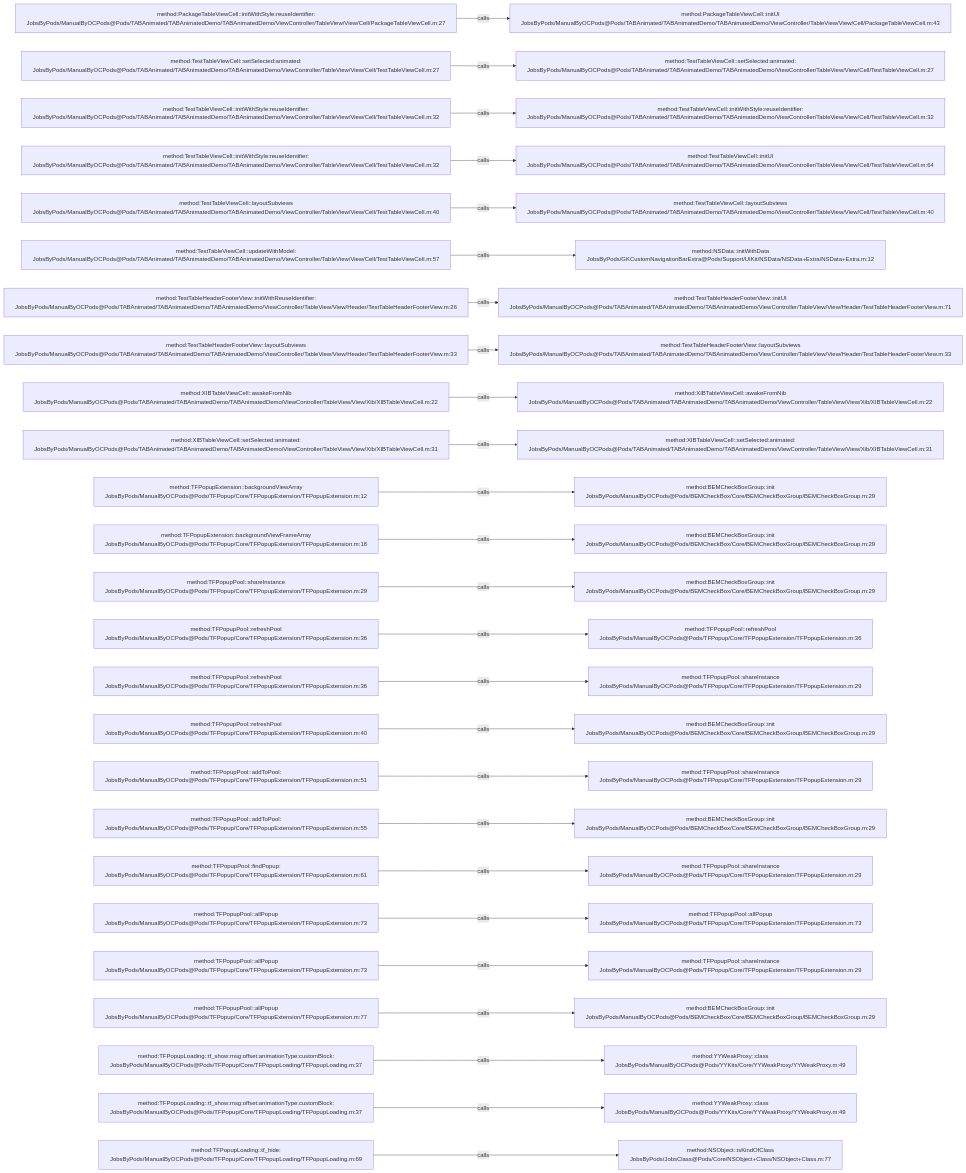
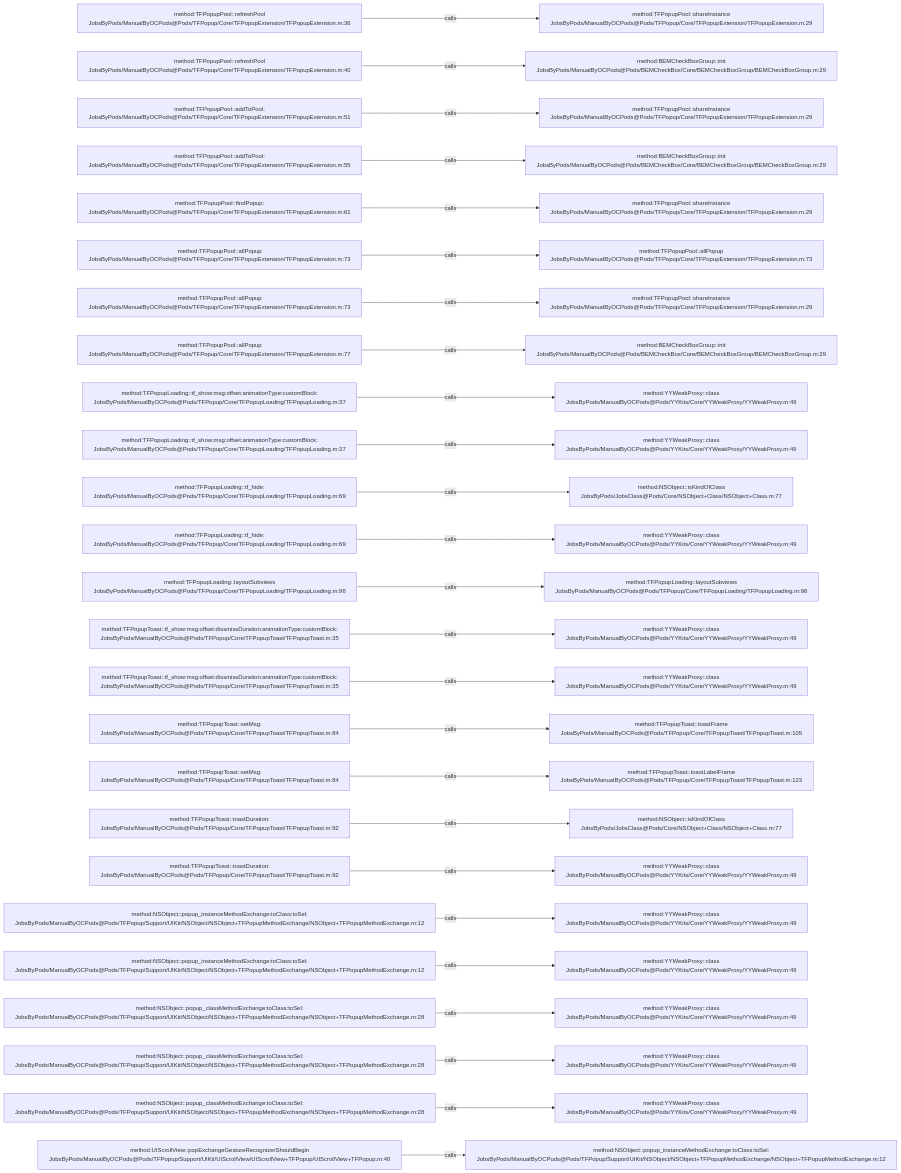
One commit to JobsKits/JobsOCBaseConfigDemo changed the diagram in .codegraph/codegraph.md/graphs/calls-070.md. Above: the diagram before and after it, drawn with Mermaid. The commit also changed 296 other files, not shown here.

````diff
--- a/.codegraph/codegraph.md/graphs/calls-070.md
+++ b/.codegraph/codegraph.md/graphs/calls-070.md
@@ -13,78 +13,78 @@
 ```mermaid
 flowchart LR
-  S1["method:PackageTableViewCell::initWithStyle:reuseIdentifier:<br/>JobsByPods/ManualByOCPods@Pods/TABAnimated/TABAnimatedDemo/TABAnimatedDemo/ViewController/TableView/View/Cell/PackageTableViewCell.m:27"]
-  T1["method:PackageTableViewCell::initUI<br/>JobsByPods/ManualByOCPods@Pods/TABAnimated/TABAnimatedDemo/TABAnimatedDemo/ViewController/TableView/View/Cell/PackageTableViewCell.m:43"]
+  S1["method:TFPopupPool::refreshPool<br/>JobsByPods/ManualByOCPods@Pods/TFPopup/Core/TFPopupExtension/TFPopupExtension.m:36"]
+  T1["method:TFPopupPool::shareInstance<br/>JobsByPods/ManualByOCPods@Pods/TFPopup/Core/TFPopupExtension/TFPopupExtension.m:29"]
   S1 -->|calls| T1
-  S2["method:TestTableViewCell::setSelected:animated:<br/>JobsByPods/ManualByOCPods@Pods/TABAnimated/TABAnimatedDemo/TABAnimatedDemo/ViewController/TableView/View/Cell/TestTableViewCell.m:27"]
-  T2["method:TestTableViewCell::setSelected:animated:<br/>JobsByPods/ManualByOCPods@Pods/TABAnimated/TABAnimatedDemo/TABAnimatedDemo/ViewController/TableView/View/Cell/TestTableViewCell.m:27"]
+  S2["method:TFPopupPool::refreshPool<br/>JobsByPods/ManualByOCPods@Pods/TFPopup/Core/TFPopupExtension/TFPopupExtension.m:40"]
+  T2["method:BEMCheckBoxGroup::init<br/>JobsByPods/ManualByOCPods@Pods/BEMCheckBox/Core/BEMCheckBoxGroup/BEMCheckBoxGroup.m:29"]
   S2 -->|calls| T2
-  S3["method:TestTableViewCell::initWithStyle:reuseIdentifier:<br/>JobsByPods/ManualByOCPods@Pods/TABAnimated/TABAnimatedDemo/TABAnimatedDemo/ViewController/TableView/View/Cell/TestTableViewCell.m:32"]
-  T3["method:TestTableViewCell::initWithStyle:reuseIdentifier:<br/>JobsByPods/ManualByOCPods@Pods/TABAnimated/TABAnimatedDemo/TABAnimatedDemo/ViewController/TableView/View/Cell/TestTableViewCell.m:32"]
+  S3["method:TFPopupPool::addToPool:<br/>JobsByPods/ManualByOCPods@Pods/TFPopup/Core/TFPopupExtension/TFPopupExtension.m:51"]
+  T3["method:TFPopupPool::shareInstance<br/>JobsByPods/ManualByOCPods@Pods/TFPopup/Core/TFPopupExtension/TFPopupExtension.m:29"]
   S3 -->|calls| T3
-  S4["method:TestTableViewCell::initWithStyle:reuseIdentifier:<br/>JobsByPods/ManualByOCPods@Pods/TABAnimated/TABAnimatedDemo/TABAnimatedDemo/ViewController/TableView/View/Cell/TestTableViewCell.m:32"]
-  T4["method:TestTableViewCell::initUI<br/>JobsByPods/ManualByOCPods@Pods/TABAnimated/TABAnimatedDemo/TABAnimatedDemo/ViewController/TableView/View/Cell/TestTableViewCell.m:64"]
+  S4["method:TFPopupPool::addToPool:<br/>JobsByPods/ManualByOCPods@Pods/TFPopup/Core/TFPopupExtension/TFPopupExtension.m:55"]
+  T4["method:BEMCheckBoxGroup::init<br/>JobsByPods/ManualByOCPods@Pods/BEMCheckBox/Core/BEMCheckBoxGroup/BEMCheckBoxGroup.m:29"]
   S4 -->|calls| T4
-  S5["method:TestTableViewCell::layoutSubviews<br/>JobsByPods/ManualByOCPods@Pods/TABAnimated/TABAnimatedDemo/TABAnimatedDemo/ViewController/TableView/View/Cell/TestTableViewCell.m:40"]
-  T5["method:TestTableViewCell::layoutSubviews<br/>JobsByPods/ManualByOCPods@Pods/TABAnimated/TABAnimatedDemo/TABAnimatedDemo/ViewController/TableView/View/Cell/TestTableViewCell.m:40"]
+  S5["method:TFPopupPool::findPopup:<br/>JobsByPods/ManualByOCPods@Pods/TFPopup/Core/TFPopupExtension/TFPopupExtension.m:61"]
+  T5["method:TFPopupPool::shareInstance<br/>JobsByPods/ManualByOCPods@Pods/TFPopup/Core/TFPopupExtension/TFPopupExtension.m:29"]
   S5 -->|calls| T5
-  S6["method:TestTableViewCell::updateWithModel:<br/>JobsByPods/ManualByOCPods@Pods/TABAnimated/TABAnimatedDemo/TABAnimatedDemo/ViewController/TableView/View/Cell/TestTableViewCell.m:57"]
-  T6["method:NSData::initWithData<br/>JobsByPods/GKCustomNavigationBarExtra@Pods/Support/UIKit/NSData/NSData+Extra/NSData+Extra.m:12"]
+  S6["method:TFPopupPool::allPopup<br/>JobsByPods/ManualByOCPods@Pods/TFPopup/Core/TFPopupExtension/TFPopupExtension.m:73"]
+  T6["method:TFPopupPool::allPopup<br/>JobsByPods/ManualByOCPods@Pods/TFPopup/Core/TFPopupExtension/TFPopupExtension.m:73"]
   S6 -->|calls| T6
-  S7["method:TestTableHeaderFooterView::initWithReuseIdentifier:<br/>JobsByPods/ManualByOCPods@Pods/TABAnimated/TABAnimatedDemo/TABAnimatedDemo/ViewController/TableView/View/Header/TestTableHeaderFooterView.m:26"]
-  T7["method:TestTableHeaderFooterView::initUI<br/>JobsByPods/ManualByOCPods@Pods/TABAnimated/TABAnimatedDemo/TABAnimatedDemo/ViewController/TableView/View/Header/TestTableHeaderFooterView.m:71"]
+  S7["method:TFPopupPool::allPopup<br/>JobsByPods/ManualByOCPods@Pods/TFPopup/Core/TFPopupExtension/TFPopupExtension.m:73"]
+  T7["method:TFPopupPool::shareInstance<br/>JobsByPods/ManualByOCPods@Pods/TFPopup/Core/TFPopupExtension/TFPopupExtension.m:29"]
   S7 -->|calls| T7
-  S8["method:TestTableHeaderFooterView::layoutSubviews<br/>JobsByPods/ManualByOCPods@Pods/TABAnimated/TABAnimatedDemo/TABAnimatedDemo/ViewController/TableView/View/Header/TestTableHeaderFooterView.m:33"]
-  T8["method:TestTableHeaderFooterView::layoutSubviews<br/>JobsByPods/ManualByOCPods@Pods/TABAnimated/TABAnimatedDemo/TABAnimatedDemo/ViewController/TableView/View/Header/TestTableHeaderFooterView.m:33"]
+  S8["method:TFPopupPool::allPopup<br/>JobsByPods/ManualByOCPods@Pods/TFPopup/Core/TFPopupExtension/TFPopupExtension.m:77"]
+  T8["method:BEMCheckBoxGroup::init<br/>JobsByPods/ManualByOCPods@Pods/BEMCheckBox/Core/BEMCheckBoxGroup/BEMCheckBoxGroup.m:29"]
   S8 -->|calls| T8
-  S9["method:XIBTableViewCell::awakeFromNib<br/>JobsByPods/ManualByOCPods@Pods/TABAnimated/TABAnimatedDemo/TABAnimatedDemo/ViewController/TableView/View/Xib/XIBTableViewCell.m:22"]
-  T9["method:XIBTableViewCell::awakeFromNib<br/>JobsByPods/ManualByOCPods@Pods/TABAnimated/TABAnimatedDemo/TABAnimatedDemo/ViewController/TableView/View/Xib/XIBTableViewCell.m:22"]
+  S9["method:TFPopupLoading::tf_show:msg:offset:animationType:customBlock:<br/>JobsByPods/ManualByOCPods@Pods/TFPopup/Core/TFPopupLoading/TFPopupLoading.m:37"]
+  T9["method:YYWeakProxy::class<br/>JobsByPods/ManualByOCPods@Pods/YYKits/Core/YYWeakProxy/YYWeakProxy.m:49"]
   S9 -->|calls| T9
-  S10["method:XIBTableViewCell::setSelected:animated:<br/>JobsByPods/ManualByOCPods@Pods/TABAnimated/TABAnimatedDemo/TABAnimatedDemo/ViewController/TableView/View/Xib/XIBTableViewCell.m:31"]
-  T10["method:XIBTableViewCell::setSelected:animated:<br/>JobsByPods/ManualByOCPods@Pods/TABAnimated/TABAnimatedDemo/TABAnimatedDemo/ViewController/TableView/View/Xib/XIBTableViewCell.m:31"]
+  S10["method:TFPopupLoading::tf_show:msg:offset:animationType:customBlock:<br/>JobsByPods/ManualByOCPods@Pods/TFPopup/Core/TFPopupLoading/TFPopupLoading.m:37"]
+  T10["method:YYWeakProxy::class<br/>JobsByPods/ManualByOCPods@Pods/YYKits/Core/YYWeakProxy/YYWeakProxy.m:49"]
   S10 -->|calls| T10
-  S11["method:TFPopupExtension::backgroundViewArray<br/>JobsByPods/ManualByOCPods@Pods/TFPopup/Core/TFPopupExtension/TFPopupExtension.m:12"]
-  T11["method:BEMCheckBoxGroup::init<br/>JobsByPods/ManualByOCPods@Pods/BEMCheckBox/Core/BEMCheckBoxGroup/BEMCheckBoxGroup.m:29"]
+  S11["method:TFPopupLoading::tf_hide:<br/>JobsByPods/ManualByOCPods@Pods/TFPopup/Core/TFPopupLoading/TFPopupLoading.m:69"]
+  T11["method:NSObject::isKindOfClass<br/>JobsByPods/JobsClass@Pods/Core/NSObject+Class/NSObject+Class.m:77"]
   S11 -->|calls| T11
-  S12["method:TFPopupExtension::backgroundViewFrameArray<br/>JobsByPods/ManualByOCPods@Pods/TFPopup/Core/TFPopupExtension/TFPopupExtension.m:18"]
-  T12["method:BEMCheckBoxGroup::init<br/>JobsByPods/ManualByOCPods@Pods/BEMCheckBox/Core/BEMCheckBoxGroup/BEMCheckBoxGroup.m:29"]
+  S12["method:TFPopupLoading::tf_hide:<br/>JobsByPods/ManualByOCPods@Pods/TFPopup/Core/TFPopupLoading/TFPopupLoading.m:69"]
+  T12["method:YYWeakProxy::class<br/>JobsByPods/ManualByOCPods@Pods/YYKits/Core/YYWeakProxy/YYWeakProxy.m:49"]
   S12 -->|calls| T12
-  S13["method:TFPopupPool::shareInstance<br/>JobsByPods/ManualByOCPods@Pods/TFPopup/Core/TFPopupExtension/TFPopupExtension.m:29"]
-  T13["method:BEMCheckBoxGroup::init<br/>JobsByPods/ManualByOCPods@Pods/BEMCheckBox/Core/BEMCheckBoxGroup/BEMCheckBoxGroup.m:29"]
+  S13["method:TFPopupLoading::layoutSubviews<br/>JobsByPods/ManualByOCPods@Pods/TFPopup/Core/TFPopupLoading/TFPopupLoading.m:98"]
+  T13["method:TFPopupLoading::layoutSubviews<br/>JobsByPods/ManualByOCPods@Pods/TFPopup/Core/TFPopupLoading/TFPopupLoading.m:98"]
   S13 -->|calls| T13
-  S14["method:TFPopupPool::refreshPool<br/>JobsByPods/ManualByOCPods@Pods/TFPopup/Core/TFPopupExtension/TFPopupExtension.m:36"]
-  T14["method:TFPopupPool::refreshPool<br/>JobsByPods/ManualByOCPods@Pods/TFPopup/Core/TFPopupExtension/TFPopupExtension.m:36"]
+  S14["method:TFPopupToast::tf_show:msg:offset:dissmissDuration:animationType:customBlock:<br/>JobsByPods/ManualByOCPods@Pods/TFPopup/Core/TFPopupToast/TFPopupToast.m:35"]
+  T14["method:YYWeakProxy::class<br/>JobsByPods/ManualByOCPods@Pods/YYKits/Core/YYWeakProxy/YYWeakProxy.m:49"]
   S14 -->|calls| T14
-  S15["method:TFPopupPool::refreshPool<br/>JobsByPods/ManualByOCPods@Pods/TFPopup/Core/TFPopupExtension/TFPopupExtension.m:36"]
-  T15["method:TFPopupPool::shareInstance<br/>JobsByPods/ManualByOCPods@Pods/TFPopup/Core/TFPopupExtension/TFPopupExtension.m:29"]
+  S15["method:TFPopupToast::tf_show:msg:offset:dissmissDuration:animationType:customBlock:<br/>JobsByPods/ManualByOCPods@Pods/TFPopup/Core/TFPopupToast/TFPopupToast.m:35"]
+  T15["method:YYWeakProxy::class<br/>JobsByPods/ManualByOCPods@Pods/YYKits/Core/YYWeakProxy/YYWeakProxy.m:49"]
   S15 -->|calls| T15
-  S16["method:TFPopupPool::refreshPool<br/>JobsByPods/ManualByOCPods@Pods/TFPopup/Core/TFPopupExtension/TFPopupExtension.m:40"]
-  T16["method:BEMCheckBoxGroup::init<br/>JobsByPods/ManualByOCPods@Pods/BEMCheckBox/Core/BEMCheckBoxGroup/BEMCheckBoxGroup.m:29"]
+  S16["method:TFPopupToast::setMsg:<br/>JobsByPods/ManualByOCPods@Pods/TFPopup/Core/TFPopupToast/TFPopupToast.m:84"]
+  T16["method:TFPopupToast::toastFrame<br/>JobsByPods/ManualByOCPods@Pods/TFPopup/Core/TFPopupToast/TFPopupToast.m:105"]
   S16 -->|calls| T16
-  S17["method:TFPopupPool::addToPool:<br/>JobsByPods/ManualByOCPods@Pods/TFPopup/Core/TFPopupExtension/TFPopupExtension.m:51"]
-  T17["method:TFPopupPool::shareInstance<br/>JobsByPods/ManualByOCPods@Pods/TFPopup/Core/TFPopupExtension/TFPopupExtension.m:29"]
+  S17["method:TFPopupToast::setMsg:<br/>JobsByPods/ManualByOCPods@Pods/TFPopup/Core/TFPopupToast/TFPopupToast.m:84"]
+  T17["method:TFPopupToast::toastLabelFrame<br/>JobsByPods/ManualByOCPods@Pods/TFPopup/Core/TFPopupToast/TFPopupToast.m:123"]
   S17 -->|calls| T17
-  S18["method:TFPopupPool::addToPool:<br/>JobsByPods/ManualByOCPods@Pods/TFPopup/Core/TFPopupExtension/TFPopupExtension.m:55"]
-  T18["method:BEMCheckBoxGroup::init<br/>JobsByPods/ManualByOCPods@Pods/BEMCheckBox/Core/BEMCheckBoxGroup/BEMCheckBoxGroup.m:29"]
+  S18["method:TFPopupToast::toastDuration:<br/>JobsByPods/ManualByOCPods@Pods/TFPopup/Core/TFPopupToast/TFPopupToast.m:92"]
+  T18["method:NSObject::isKindOfClass<br/>JobsByPods/JobsClass@Pods/Core/NSObject+Class/NSObject+Class.m:77"]
   S18 -->|calls| T18
-  S19["method:TFPopupPool::findPopup:<br/>JobsByPods/ManualByOCPods@Pods/TFPopup/Core/TFPopupExtension/TFPopupExtension.m:61"]
-  T19["method:TFPopupPool::shareInstance<br/>JobsByPods/ManualByOCPods@Pods/TFPopup/Core/TFPopupExtension/TFPopupExtension.m:29"]
+  S19["method:TFPopupToast::toastDuration:<br/>JobsByPods/ManualByOCPods@Pods/TFPopup/Core/TFPopupToast/TFPopupToast.m:92"]
+  T19["method:YYWeakProxy::class<br/>JobsByPods/ManualByOCPods@Pods/YYKits/Core/YYWeakProxy/YYWeakProxy.m:49"]
   S19 -->|calls| T19
-  S20["method:TFPopupPool::allPopup<br/>JobsByPods/ManualByOCPods@Pods/TFPopup/Core/TFPopupExtension/TFPopupExtension.m:73"]
-  T20["method:TFPopupPool::allPopup<br/>JobsByPods/ManualByOCPods@Pods/TFPopup/Core/TFPopupExtension/TFPopupExtension.m:73"]
+  S20["method:NSObject::popup_instanceMethodExchange:toClass:toSel:<br/>JobsByPods/ManualByOCPods@Pods/TFPopup/Support/UIKit/NSObject/NSObject+TFPopupMethodExchange/NSObject+TFPopupMethodExchange.m:12"]
+  T20["method:YYWeakProxy::class<br/>JobsByPods/ManualByOCPods@Pods/YYKits/Core/YYWeakProxy/YYWeakProxy.m:49"]
   S20 -->|calls| T20
-  S21["method:TFPopupPool::allPopup<br/>JobsByPods/ManualByOCPods@Pods/TFPopup/Core/TFPopupExtension/TFPopupExtension.m:73"]
-  T21["method:TFPopupPool::shareInstance<br/>JobsByPods/ManualByOCPods@Pods/TFPopup/Core/TFPopupExtension/TFPopupExtension.m:29"]
+  S21["method:NSObject::popup_instanceMethodExchange:toClass:toSel:<br/>JobsByPods/ManualByOCPods@Pods/TFPopup/Support/UIKit/NSObject/NSObject+TFPopupMethodExchange/NSObject+TFPopupMethodExchange.m:12"]
+  T21["method:YYWeakProxy::class<br/>JobsByPods/ManualByOCPods@Pods/YYKits/Core/YYWeakProxy/YYWeakProxy.m:49"]
   S21 -->|calls| T21
-  S22["method:TFPopupPool::allPopup<br/>JobsByPods/ManualByOCPods@Pods/TFPopup/Core/TFPopupExtension/TFPopupExtension.m:77"]
-  T22["method:BEMCheckBoxGroup::init<br/>JobsByPods/ManualByOCPods@Pods/BEMCheckBox/Core/BEMCheckBoxGroup/BEMCheckBoxGroup.m:29"]
+  S22["method:NSObject::popup_classMethodExchange:toClass:toSel:<br/>JobsByPods/ManualByOCPods@Pods/TFPopup/Support/UIKit/NSObject/NSObject+TFPopupMethodExchange/NSObject+TFPopupMethodExchange.m:28"]
+  T22["method:YYWeakProxy::class<br/>JobsByPods/ManualByOCPods@Pods/YYKits/Core/YYWeakProxy/YYWeakProxy.m:49"]
   S22 -->|calls| T22
-  S23["method:TFPopupLoading::tf_show:msg:offset:animationType:customBlock:<br/>JobsByPods/ManualByOCPods@Pods/TFPopup/Core/TFPopupLoading/TFPopupLoading.m:37"]
+  S23["method:NSObject::popup_classMethodExchange:toClass:toSel:<br/>JobsByPods/ManualByOCPods@Pods/TFPopup/Support/UIKit/NSObject/NSObject+TFPopupMethodExchange/NSObject+TFPopupMethodExchange.m:28"]
   T23["method:YYWeakProxy::class<br/>JobsByPods/ManualByOCPods@Pods/YYKits/Core/YYWeakProxy/YYWeakProxy.m:49"]
   S23 -->|calls| T23
-  S24["method:TFPopupLoading::tf_show:msg:offset:animationType:customBlock:<br/>JobsByPods/ManualByOCPods@Pods/TFPopup/Core/TFPopupLoading/TFPopupLoading.m:37"]
+  S24["method:NSObject::popup_classMethodExchange:toClass:toSel:<br/>JobsByPods/ManualByOCPods@Pods/TFPopup/Support/UIKit/NSObject/NSObject+TFPopupMethodExchange/NSObject+TFPopupMethodExchange.m:28"]
   T24["method:YYWeakProxy::class<br/>JobsByPods/ManualByOCPods@Pods/YYKits/Core/YYWeakProxy/YYWeakProxy.m:49"]
   S24 -->|calls| T24
-  S25["method:TFPopupLoading::tf_hide:<br/>JobsByPods/ManualByOCPods@Pods/TFPopup/Core/TFPopupLoading/TFPopupLoading.m:69"]
-  T25["method:NSObject::isKindOfClass<br/>JobsByPods/JobsClass@Pods/Core/NSObject+Class/NSObject+Class.m:77"]
+  S25["method:UIScrollView::popExchangeGestureRecognizerShouldBegin<br/>JobsByPods/ManualByOCPods@Pods/TFPopup/Support/UIKit/UIScrollView/UIScrollView+TFPopup/UIScrollView+TFPopup.m:40"]
+  T25["method:NSObject::popup_instanceMethodExchange:toClass:toSel:<br/>JobsByPods/ManualByOCPods@Pods/TFPopup/Support/UIKit/NSObject/NSObject+TFPopupMethodExchange/NSObject+TFPopupMethodExchange.m:12"]
   S25 -->|calls| T25
 ```
````
